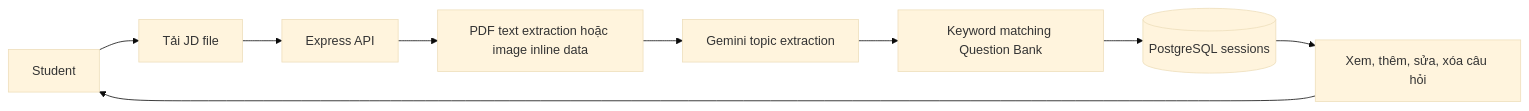
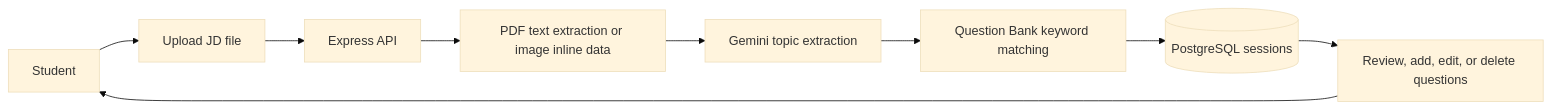
Before and after one commit to tnnhuaa/InterviewQuestionBank: the diagram in docs/Project_Architecture/ADR/ADR-004-JD-Processing-and-Question-Matching.md, drawn with Mermaid (base theme). The commit also changed other lines of this file and 19 other files, not shown here.

````diff
--- a/docs/Project_Architecture/ADR/ADR-004-JD-Processing-and-Question-Matching.md
+++ b/docs/Project_Architecture/ADR/ADR-004-JD-Processing-and-Question-Matching.md
@@ -53,11 +53,11 @@
-```mermaid
+~~~mermaid
 flowchart LR
-    Student["Student"] --> Upload["Tải JD file"]
+    Student["Student"] --> Upload["Upload JD file"]
     Upload --> API["Express API"]
-    API --> Parse["PDF text extraction hoặc image inline data"]
+    API --> Parse["PDF text extraction or image inline data"]
     Parse --> Gemini["Gemini topic extraction"]
-    Gemini --> Match["Keyword matching Question Bank"]
+    Gemini --> Match["Question Bank keyword matching"]
     Match --> DB[("PostgreSQL sessions")]
-    DB --> Review["Xem, thêm, sửa, xóa câu hỏi"]
+    DB --> Review["Review, add, edit, or delete questions"]
     Review --> Student
-```
+~~~
````
